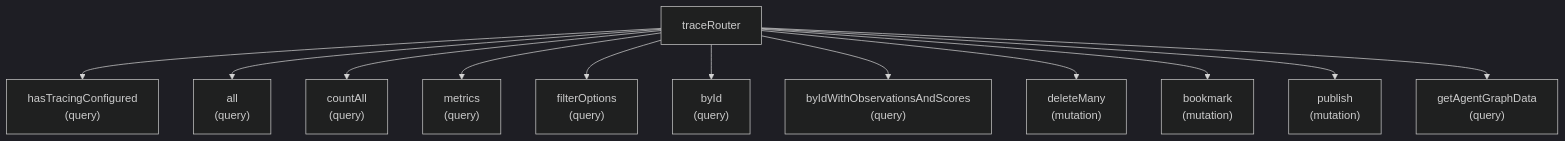
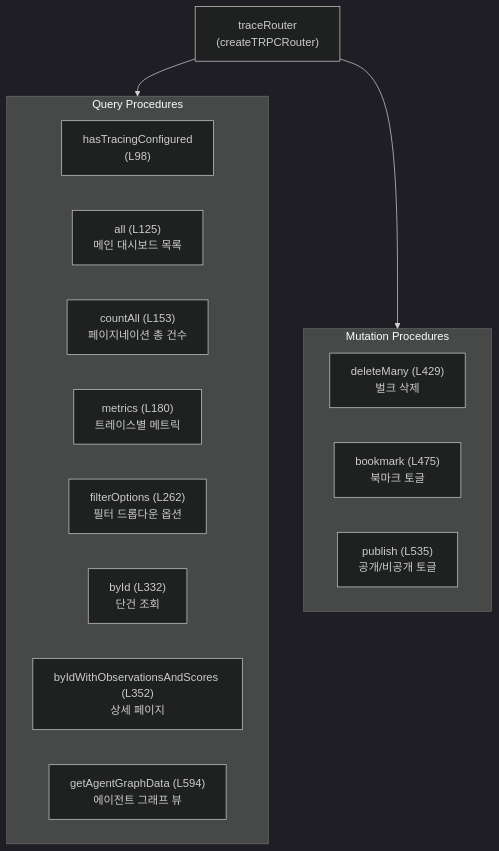
Before and after one commit to dhs-shine/langfuse: the fifth of 11 diagrams in docs/50-source-analysis/12-query-source-breakdown.md, drawn with Mermaid (dark theme). The commit also changed other lines of this file and 3 other files, not shown here.

````diff
--- a/docs/50-source-analysis/12-query-source-breakdown.md
+++ b/docs/50-source-analysis/12-query-source-breakdown.md
@@ -132,14 +122,24 @@
 ```mermaid
 flowchart TD
-    TR["traceRouter"] --> HC["hasTracingConfigured<br/>(query)"]
-    TR --> ALL["all<br/>(query)"]
-    TR --> CA["countAll<br/>(query)"]
-    TR --> MET["metrics<br/>(query)"]
-    TR --> FO["filterOptions<br/>(query)"]
-    TR --> BI["byId<br/>(query)"]
-    TR --> BIOS["byIdWithObservationsAndScores<br/>(query)"]
-    TR --> DM["deleteMany<br/>(mutation)"]
-    TR --> BK["bookmark<br/>(mutation)"]
-    TR --> PB["publish<br/>(mutation)"]
-    TR --> AG["getAgentGraphData<br/>(query)"]
+    TR["traceRouter<br/>(createTRPCRouter)"]
+
+    subgraph Queries["Query Procedures"]
+        HC["hasTracingConfigured<br/>(L98)"]
+        ALL["all (L125)<br/>메인 대시보드 목록"]
+        CA["countAll (L153)<br/>페이지네이션 총 건수"]
+        MET["metrics (L180)<br/>트레이스별 메트릭"]
+        FO["filterOptions (L262)<br/>필터 드롭다운 옵션"]
+        BI["byId (L332)<br/>단건 조회"]
+        BIOS["byIdWithObservationsAndScores (L352)<br/>상세 페이지"]
+        AG["getAgentGraphData (L594)<br/>에이전트 그래프 뷰"]
+    end
+
+    subgraph Mutations["Mutation Procedures"]
+        DM["deleteMany (L429)<br/>벌크 삭제"]
+        BK["bookmark (L475)<br/>북마크 토글"]
+        PB["publish (L535)<br/>공개/비공개 토글"]
+    end
+
+    TR --> Queries
+    TR --> Mutations
 ```
````
